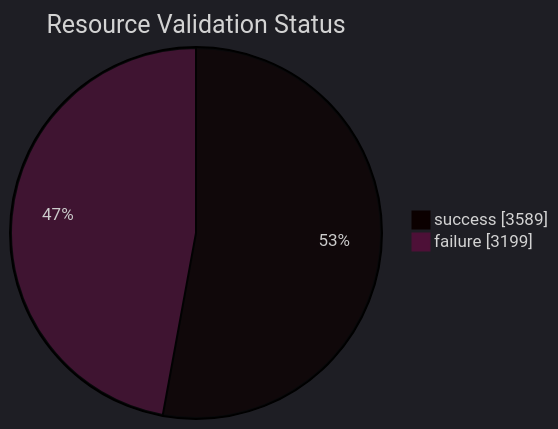
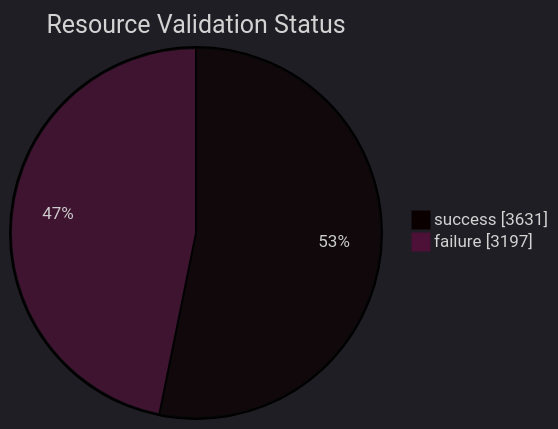
Before and after one commit to open-data/analytics-corporate-reporting: the diagram in datastore_tracker/resource_validation_status_pie_chart.md, drawn with Mermaid. The commit also changed 9 other files, not shown here.

````diff
--- a/datastore_tracker/resource_validation_status_pie_chart.md
+++ b/datastore_tracker/resource_validation_status_pie_chart.md
@@ -2,9 +2,9 @@
 ```mermaid
 ---
 config:
   theme: dark
 ---
 pie showData title Resource Validation Status
-    "success": 3589
-    "failure": 3199
+    "success": 3631
+    "failure": 3197
 ```
````
